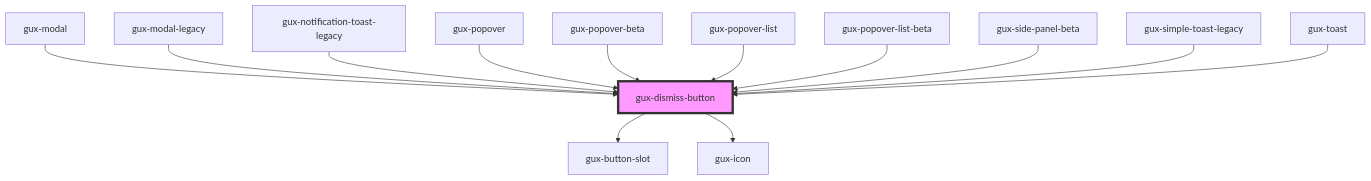
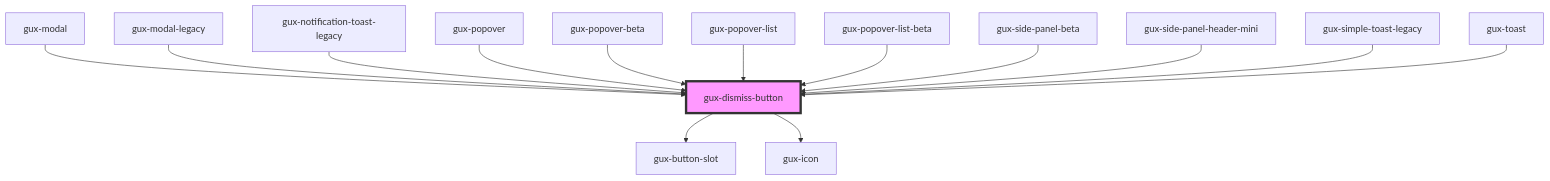
One commit to MyPureCloud/genesys-spark changed the diagram in packages/genesys-spark-components/src/components/stable/gux-dismiss-button/readme.md. Above: the diagram before and after it, drawn with Mermaid. The commit also changed other lines of this file and 7 other files, not shown here.

Commit message:
feat(side panel): adding mini side panel header

````diff
--- a/packages/genesys-spark-components/src/components/stable/gux-dismiss-button/readme.md
+++ b/packages/genesys-spark-components/src/components/stable/gux-dismiss-button/readme.md
@@ -37,16 +38,17 @@
 ```mermaid
 graph TD;
   gux-dismiss-button --> gux-button-slot
   gux-dismiss-button --> gux-icon
   gux-modal --> gux-dismiss-button
   gux-modal-legacy --> gux-dismiss-button
   gux-notification-toast-legacy --> gux-dismiss-button
   gux-popover --> gux-dismiss-button
   gux-popover-beta --> gux-dismiss-button
   gux-popover-list --> gux-dismiss-button
   gux-popover-list-beta --> gux-dismiss-button
   gux-side-panel-beta --> gux-dismiss-button
+  gux-side-panel-header-mini --> gux-dismiss-button
   gux-simple-toast-legacy --> gux-dismiss-button
   gux-toast --> gux-dismiss-button
   style gux-dismiss-button fill:#f9f,stroke:#333,stroke-width:4px
 ```
````
